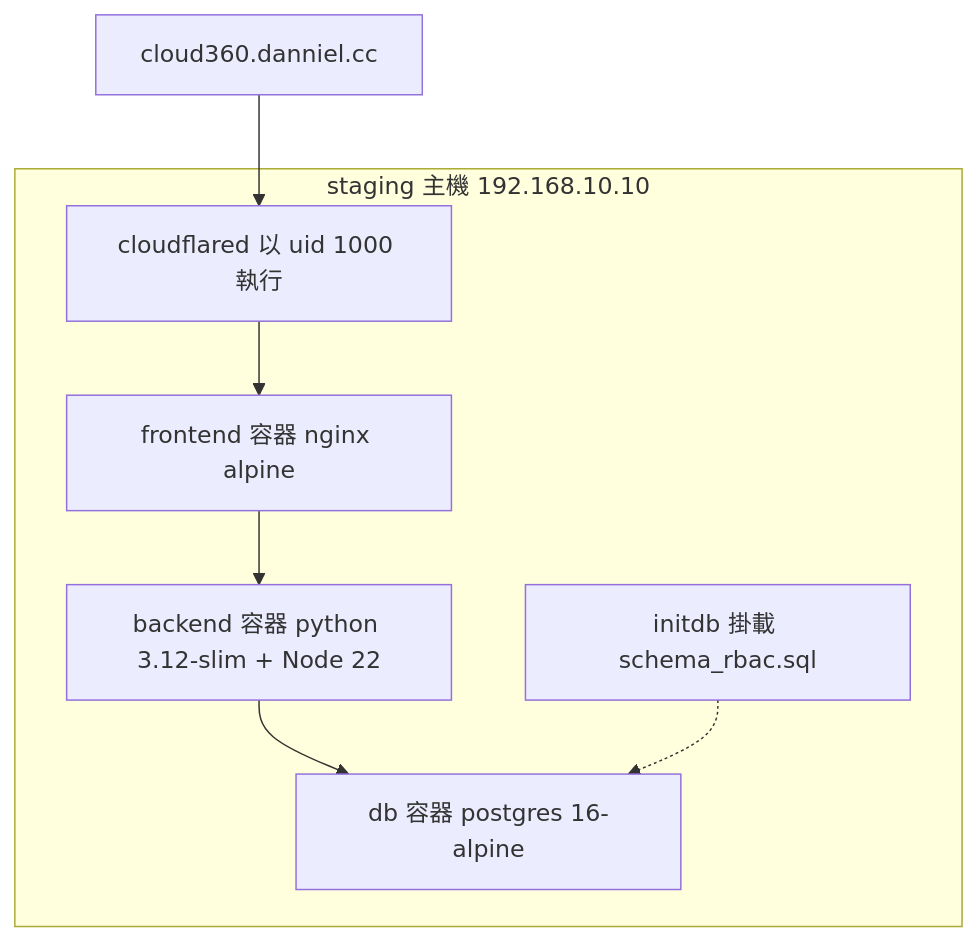
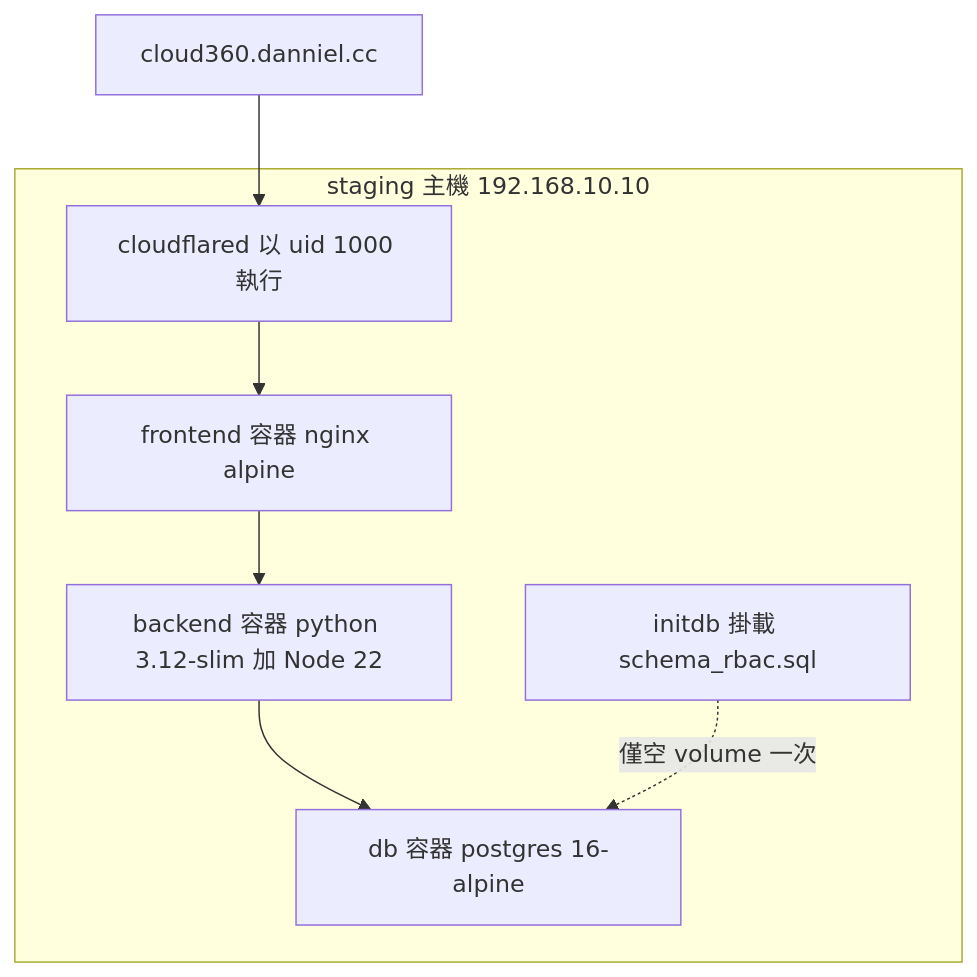
The third of 7 diagrams in aidlc/spaces/default/codekb/cloud-360/architecture.md (opendiamonds/awesome-firebase-use-cases), drawn with Mermaid before and after one commit. The commit also changed other lines of this file and 34 other files, not shown here.

````diff
--- a/aidlc/spaces/default/codekb/cloud-360/architecture.md
+++ b/aidlc/spaces/default/codekb/cloud-360/architecture.md
@@ -59,17 +179,17 @@
 ```mermaid
 graph TD
     subgraph SG1["staging 主機 192.168.10.10"]
         CFD["cloudflared 以 uid 1000 執行"]
         FE["frontend 容器 nginx alpine"]
-        BE["backend 容器 python 3.12-slim + Node 22"]
+        BE["backend 容器 python 3.12-slim 加 Node 22"]
         PG["db 容器 postgres 16-alpine"]
         VOL["initdb 掛載 schema_rbac.sql"]
     end
     EXT["cloud360.danniel.cc"]
 
     EXT --> CFD
     CFD --> FE
     FE --> BE
     BE --> PG
-    VOL -.-> PG
+    VOL -. 僅空 volume 一次 .-> PG
 ```
````
